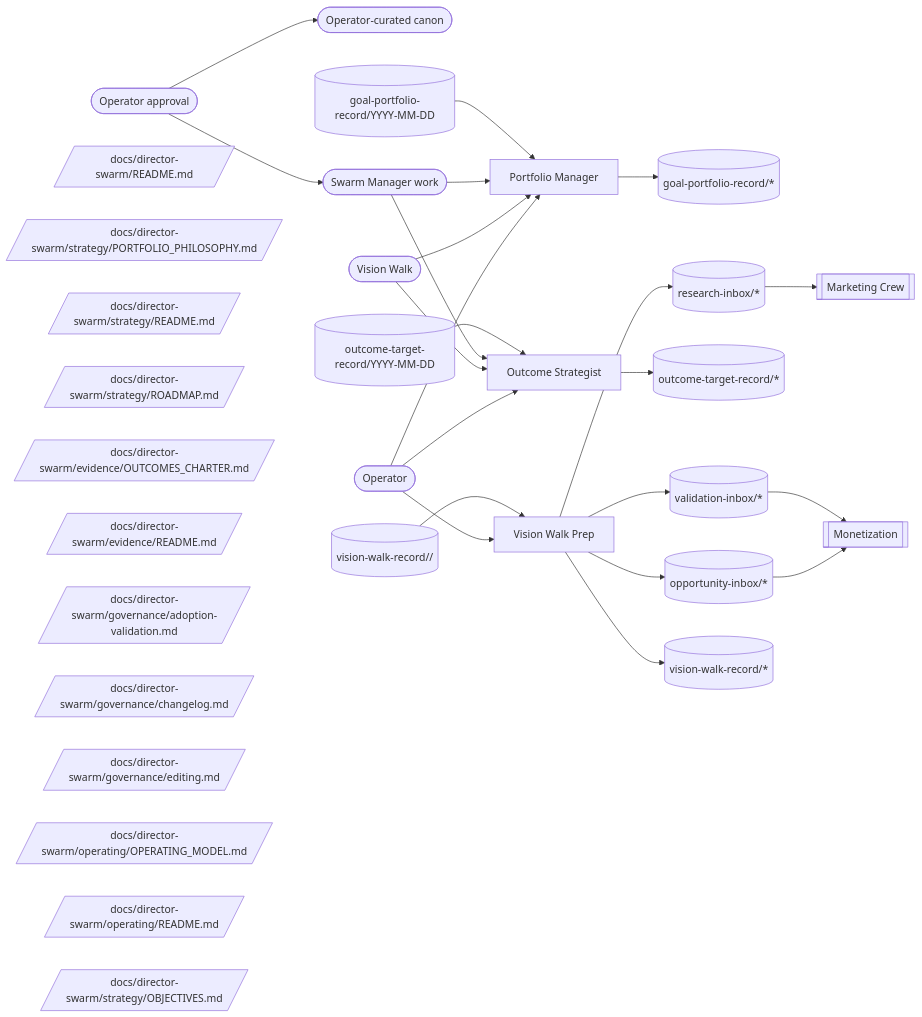
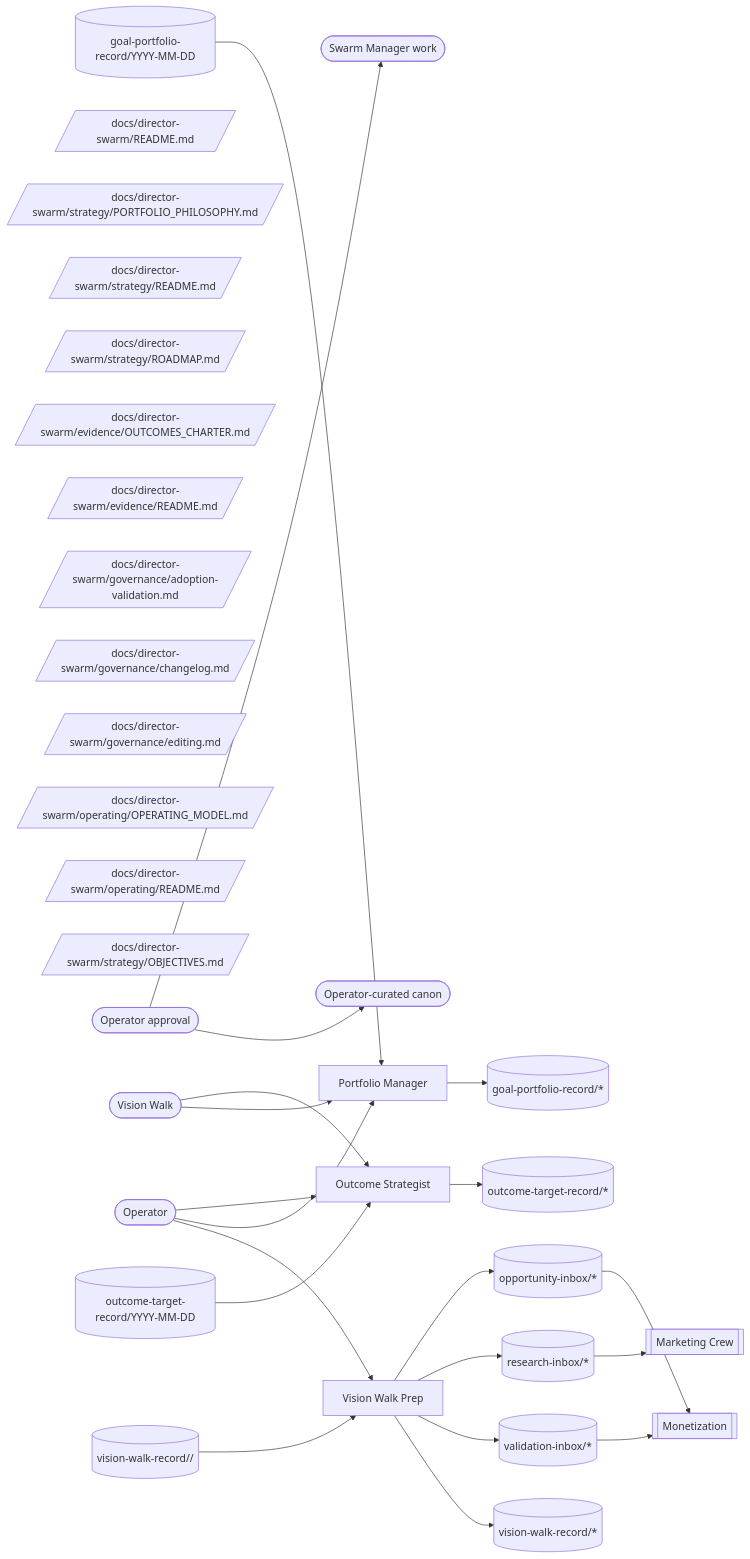
The diagram in docs/director-swarm/operating/OPERATING_MODEL.md (Vrooli/Vrooli), drawn with Mermaid before and after one commit. The commit also changed 34 other files, not shown here.

```diff
--- a/docs/director-swarm/operating/OPERATING_MODEL.md
+++ b/docs/director-swarm/operating/OPERATING_MODEL.md
@@ -138,8 +138,6 @@
   VWP --> VI
   VWP --> VISIONWALKRE
   APPROVAL --> SMWORK
-  SMWORK --> PM
-  SMWORK --> OS
   APPROVAL --> CANON
   PORT --> PM
   OI --> MON
```
